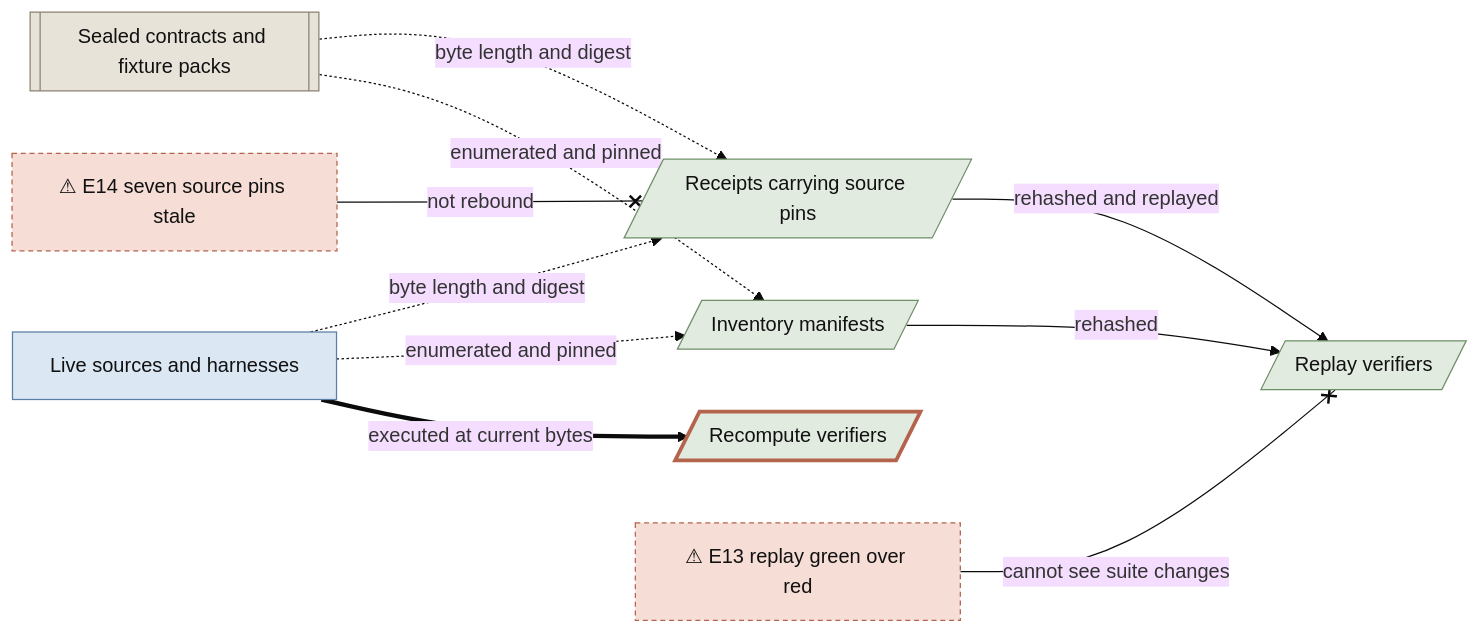
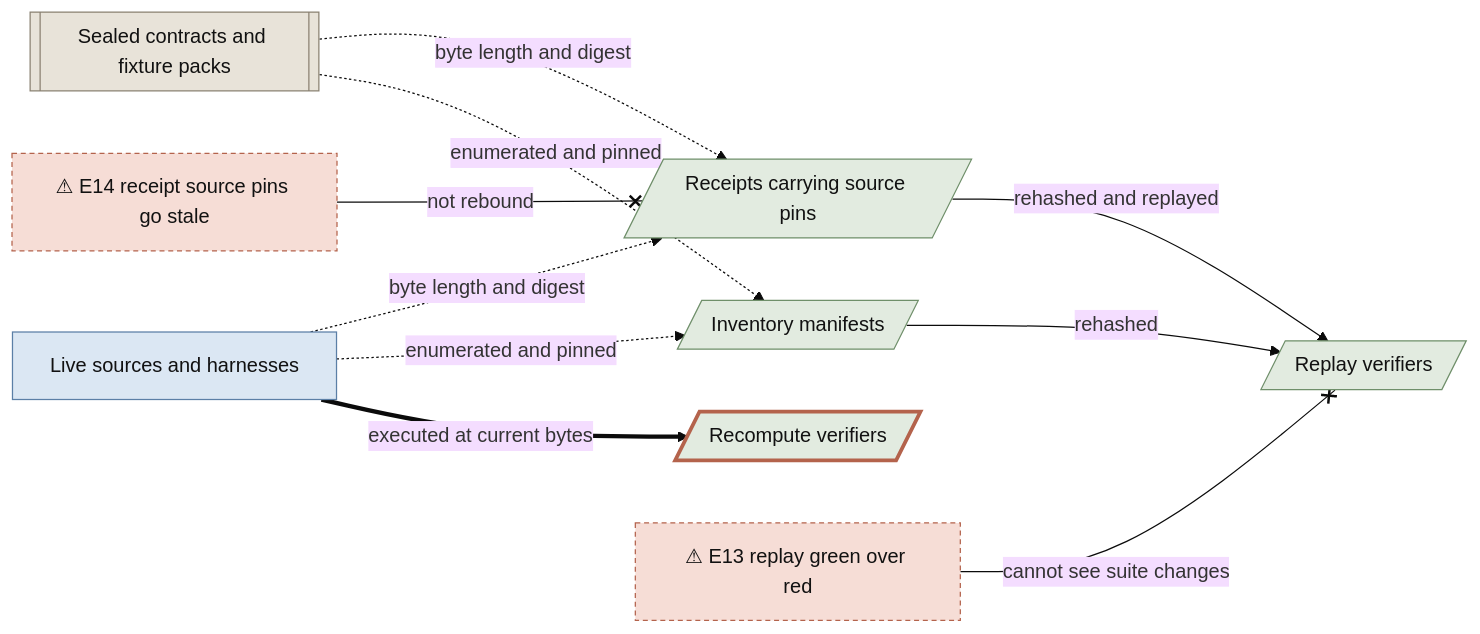
The tenth of 11 diagrams in DIAGRAMS.md (JamesDimachkie/receiver-reliance), drawn with Mermaid (base theme) before and after one commit. The commit also changed other lines of this file and 14 other files, not shown here.

````diff
--- a/DIAGRAMS.md
+++ b/DIAGRAMS.md
@@ -820,38 +833,38 @@
 ```mermaid
 flowchart LR
   accTitle: The pin chain, and replay versus recompute
   accDescr: Frozen contracts and live sources are pinned into receipts and manifests, replay verifiers rehash those recorded bytes and re-run recorded transcripts, and only a recompute verifier executes the artifact at the bytes currently checked out.
 
   frozen_table[["Sealed contracts and fixture packs"]]
   sources["Live sources and harnesses"]
   receipts[/"Receipts carrying source pins"/]
   manifests[/"Inventory manifests"/]
   replay[/"Replay verifiers"/]
   recompute[/"Recompute verifiers"/]
-  gap_e14["⚠ E14 seven source pins stale"]
+  gap_e14["⚠ E14 receipt source pins go stale"]
   gap_e13["⚠ E13 replay green over red"]
 
   frozen_table -.->|byte length and digest| receipts
   sources -.->|byte length and digest| receipts
   frozen_table -.->|enumerated and pinned| manifests
   sources -.->|enumerated and pinned| manifests
   receipts -->|rehashed and replayed| replay
   manifests -->|rehashed| replay
   sources ==>|executed at current bytes| recompute
   gap_e14 --x|not rebound| receipts
   gap_e13 --x|cannot see suite changes| replay
 
   classDef live    fill:#dbe7f3,stroke:#5b7fa6,color:#111111
   classDef frozen  fill:#e8e3d9,stroke:#8a8172,color:#111111
   classDef harness fill:#e2ebe0,stroke:#6f8f6a,color:#111111
   classDef host    fill:#efefef,stroke:#8f8f8f,color:#111111
   classDef gap     fill:#f6ddd6,stroke:#b4634c,color:#111111,stroke-dasharray:4 3
   classDef focal   stroke:#b4634c,stroke-width:3px
 
   class frozen_table frozen
   class sources live
   class receipts,manifests,replay harness
   class gap_e14,gap_e13 gap
   class recompute harness
   class recompute focal
 ```
````
